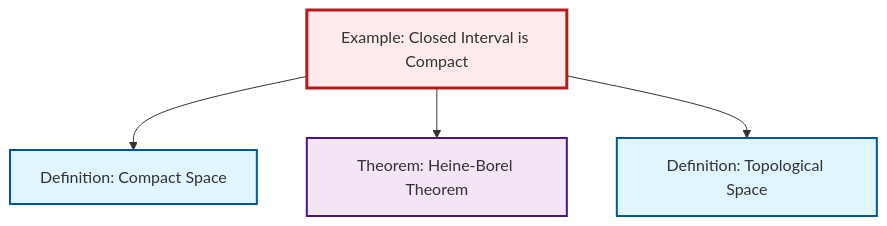
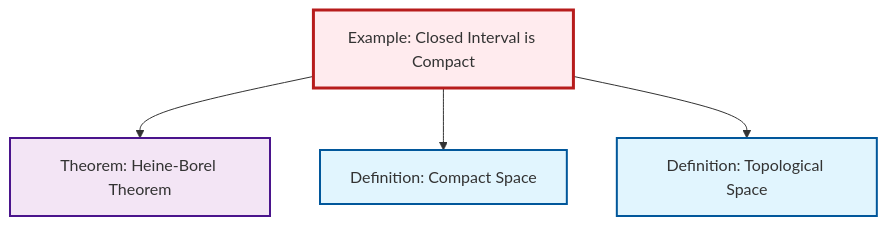
The diagram in content/ja/topology/ex-closed-interval-compact.qmd (RK0429/ModernMath), drawn with Mermaid before and after one commit. The commit also changed other lines of this file and 619 other files, not shown here.

````diff
--- a/content/ja/topology/ex-closed-interval-compact.qmd
+++ b/content/ja/topology/ex-closed-interval-compact.qmd
@@ -55,20 +55,20 @@
 ```{mermaid}
 %%| fig-cap: "Local dependency graph"
 graph TD
     classDef definition fill:#e1f5fe,stroke:#01579b,stroke-width:2px
     classDef theorem fill:#f3e5f5,stroke:#4a148c,stroke-width:2px
     classDef axiom fill:#fff3e0,stroke:#e65100,stroke-width:2px
     classDef example fill:#e8f5e9,stroke:#1b5e20,stroke-width:2px
     classDef current fill:#ffebee,stroke:#b71c1c,stroke-width:3px
     ex-closed-interval-compact["Example: Closed Interval is Compact"]:::example
-    thm-heine-borel["Theorem: Heine-Borel Theorem"]:::theorem
     def-compact["Definition: Compact Space"]:::definition
     def-topological-space["Definition: Topological Space"]:::definition
+    thm-heine-borel["Theorem: Heine-Borel Theorem"]:::theorem
+    ex-closed-interval-compact --> thm-heine-borel
     ex-closed-interval-compact --> def-compact
-    ex-closed-interval-compact --> thm-heine-borel
     ex-closed-interval-compact --> def-topological-space
     class ex-closed-interval-compact current
-    click thm-heine-borel "thm-heine-borel.html" "Theorem: Heine-Borel Theoremへ"
     click def-compact "def-compact.html" "Definition: Compact Spaceへ"
     click def-topological-space "def-topological-space.html" "Definition: Topological Spaceへ"
+    click thm-heine-borel "thm-heine-borel.html" "Theorem: Heine-Borel Theoremへ"
 ```
````
